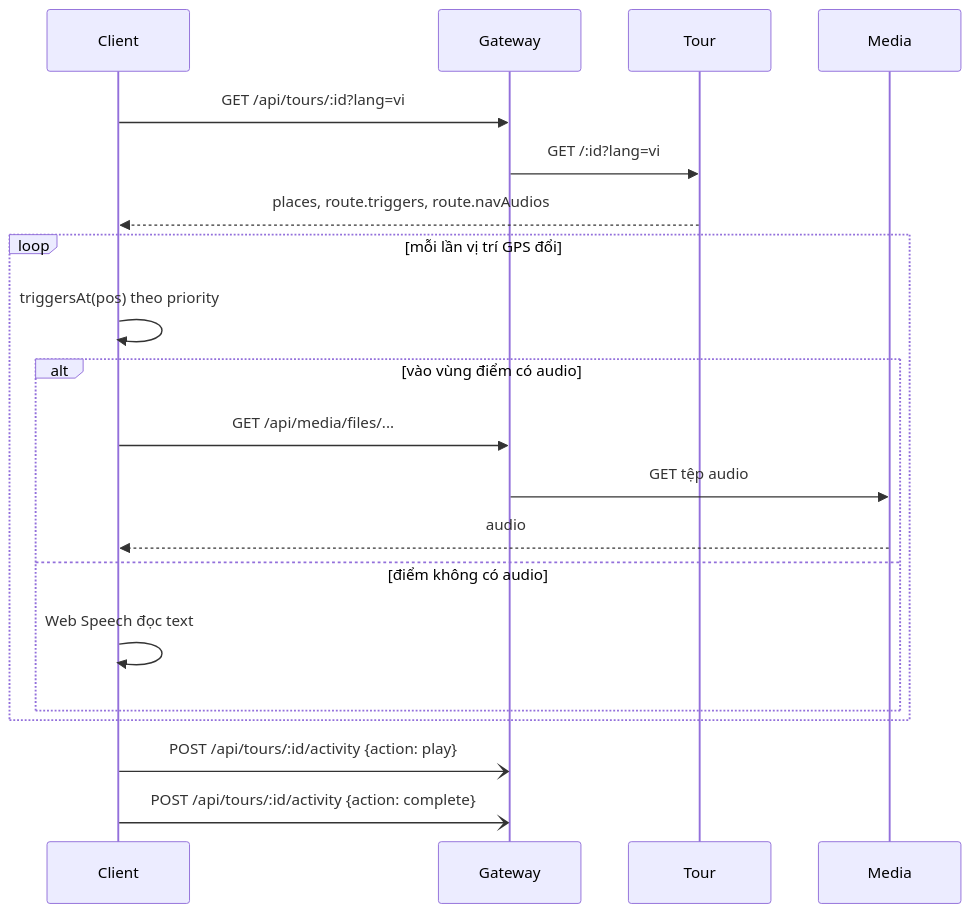
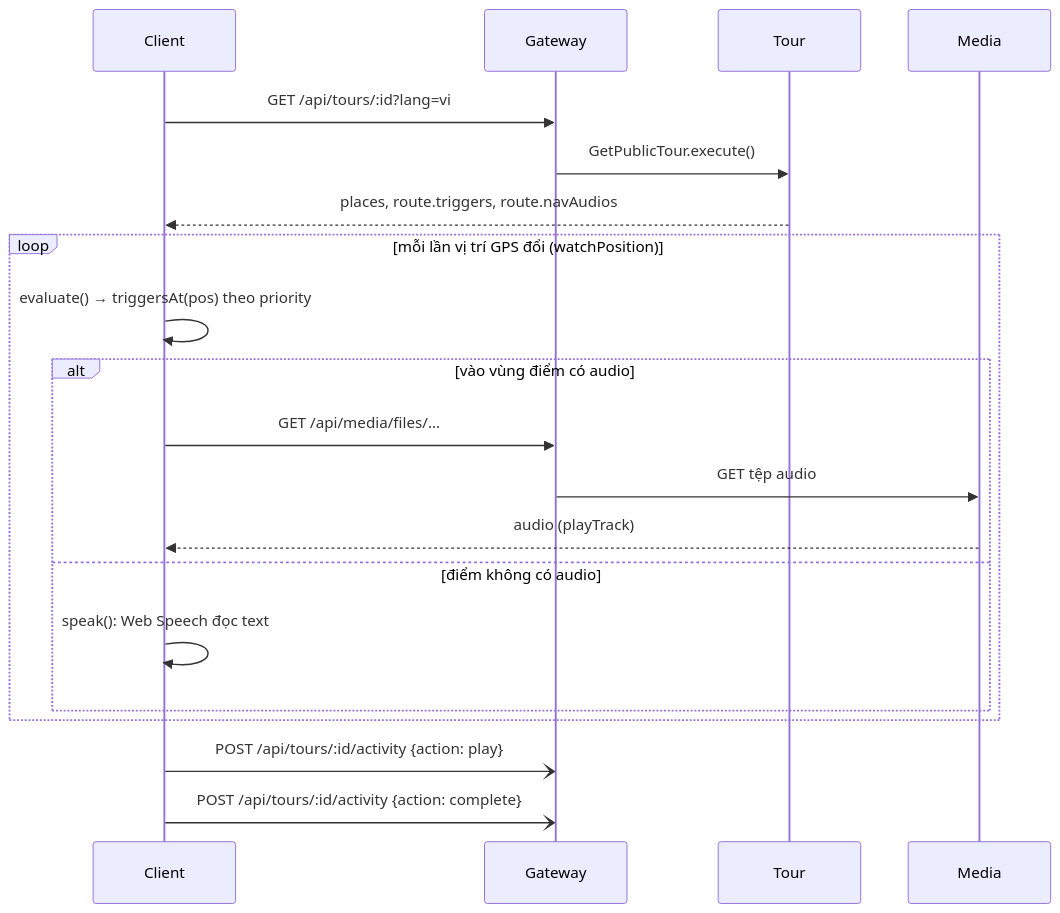
The diagram in docs/use case/lam-truoc/UC04-nghe-tour.md (Tran-Gia-Phuc/GeoSound), drawn with Mermaid before and after one commit. The commit also changed other lines of this file and 23 other files, not shown here.

````diff
--- a/docs/use case/lam-truoc/UC04-nghe-tour.md
+++ b/docs/use case/lam-truoc/UC04-nghe-tour.md
@@ -125,22 +145,22 @@
 ```mermaid
 sequenceDiagram
     participant Client
     participant Gateway
     participant Tour
     participant Media
     Client->>Gateway: GET /api/tours/:id?lang=vi
-    Gateway->>Tour: GET /:id?lang=vi
+    Gateway->>Tour: GetPublicTour.execute()
     Tour-->>Client: places, route.triggers, route.navAudios
-    loop mỗi lần vị trí GPS đổi
-        Client->>Client: triggersAt(pos) theo priority
+    loop mỗi lần vị trí GPS đổi (watchPosition)
+        Client->>Client: evaluate() → triggersAt(pos) theo priority
         alt vào vùng điểm có audio
             Client->>Gateway: GET /api/media/files/...
             Gateway->>Media: GET tệp audio
-            Media-->>Client: audio
+            Media-->>Client: audio (playTrack)
         else điểm không có audio
-            Client->>Client: Web Speech đọc text
+            Client->>Client: speak(): Web Speech đọc text
         end
     end
     Client-)Gateway: POST /api/tours/:id/activity {action: play}
     Client-)Gateway: POST /api/tours/:id/activity {action: complete}
 ```
````
